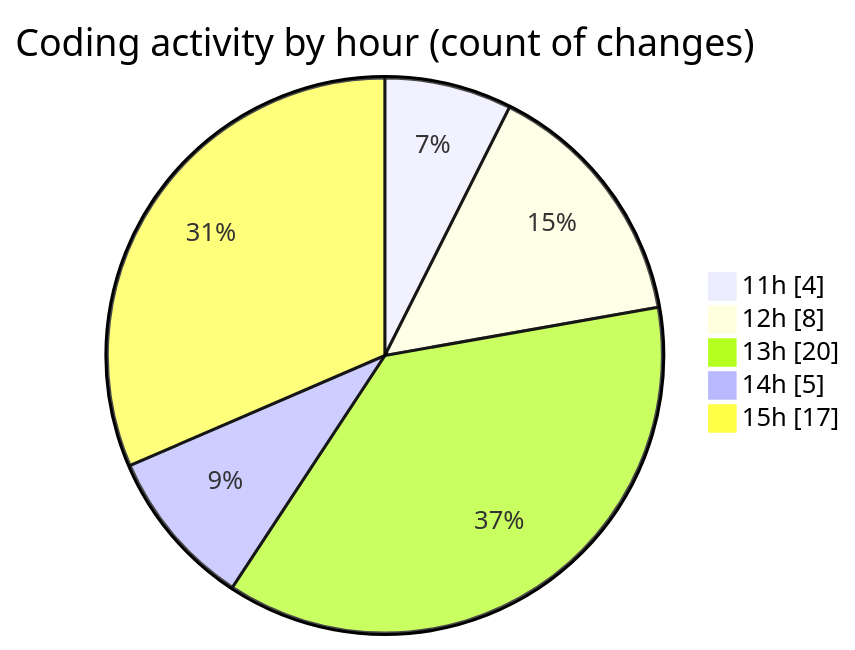
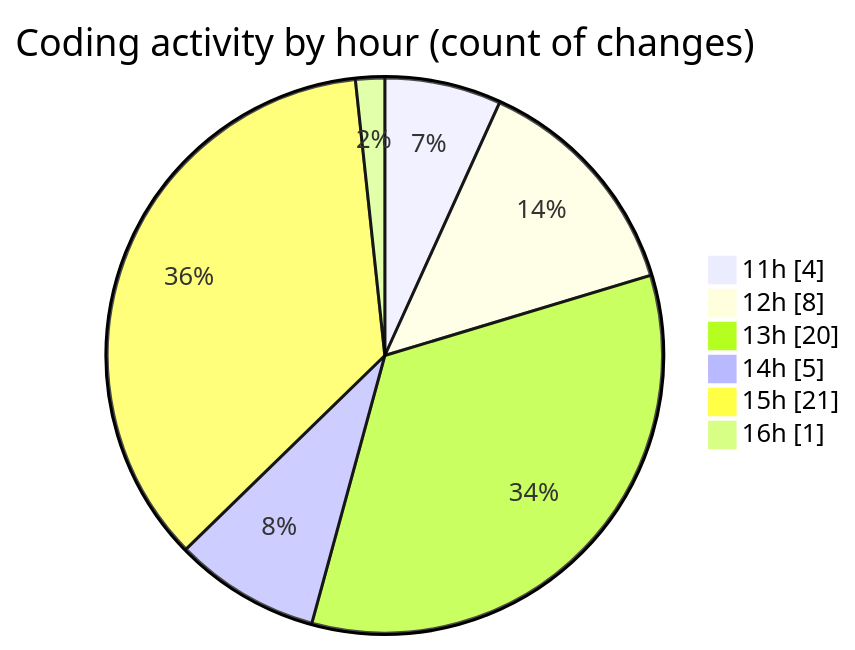
One commit to momahboobian/code-tracking changed the second of 2 diagrams in 2025-08-07/cda/README.md. Above: the diagram before and after it, drawn with Mermaid. The commit also changed other lines of this file and 1 other file, not shown here.

````diff
--- a/2025-08-07/cda/README.md
+++ b/2025-08-07/cda/README.md
@@ -31,9 +31,10 @@
 ```mermaid
 pie showData
 title Coding activity by hour (count of changes)
 "11h" : 4
 "12h" : 8
 "13h" : 20
 "14h" : 5
-"15h" : 17
+"15h" : 21
+"16h" : 1
 ```
````
